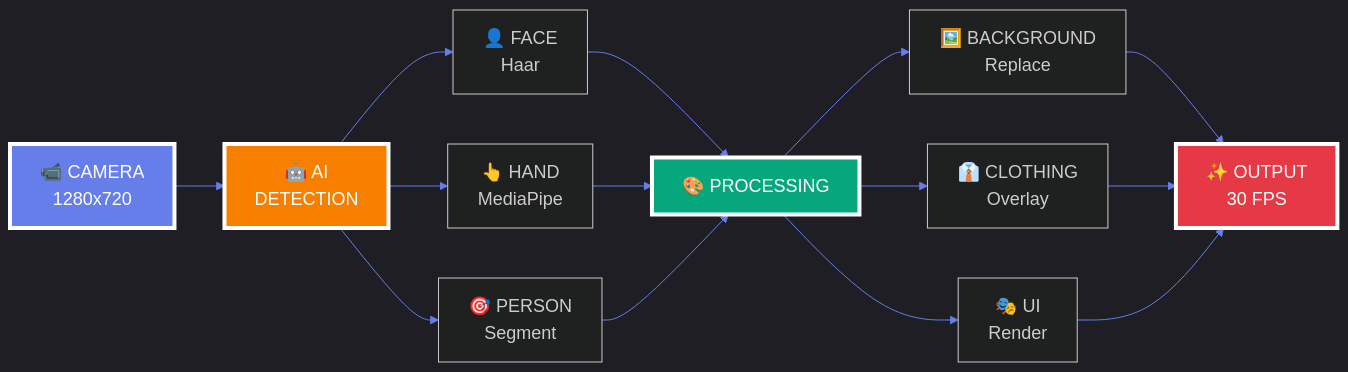
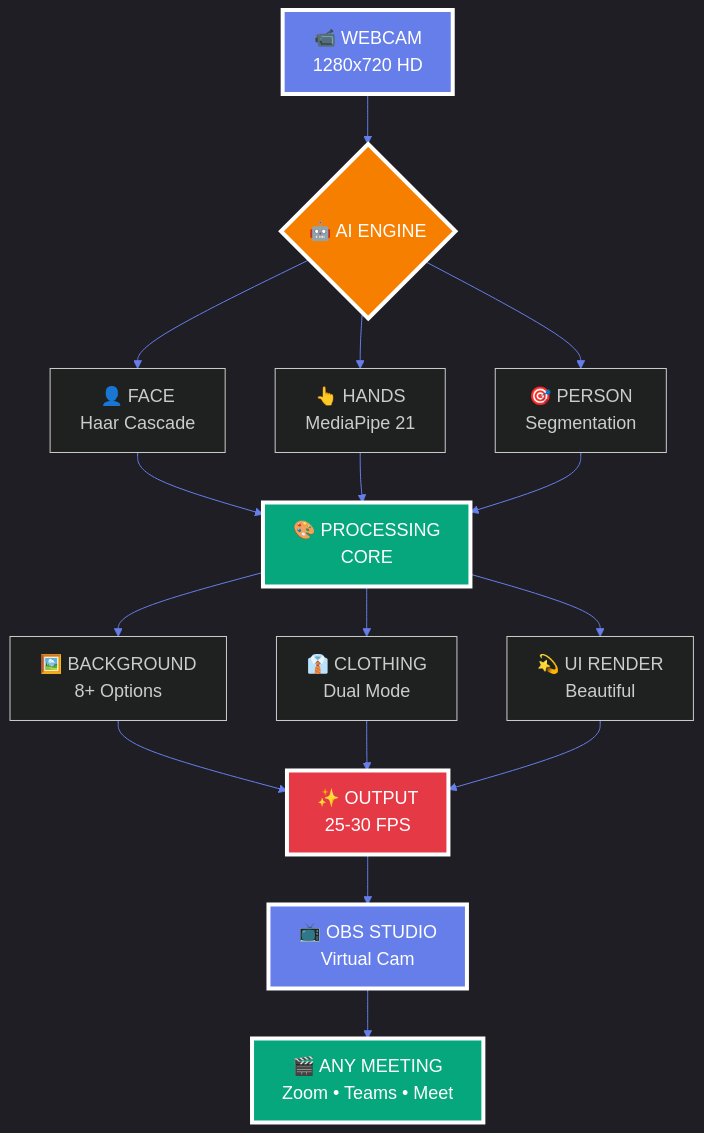
One commit to alam025/AI_Professional_Makeover changed the second of 3 diagrams in readme.md. Above: the diagram before and after it, drawn with Mermaid. The commit also changed other lines of this file, not shown here.

````diff
--- a/readme.md
+++ b/readme.md
@@ -149,25 +598,31 @@
 ```mermaid
 %%{init: {'theme':'dark', 'themeVariables': { 'primaryColor':'#667EEA','secondaryColor':'#F77F00','tertiaryColor':'#06A77D','lineColor':'#667EEA','fontSize':'18px'}}}%%
-graph LR
-    A[📹 CAMERA<br/>1280x720] --> B[🤖 AI<br/>DETECTION]
-    B --> C[👤 FACE<br/>Haar]
-    B --> D[👆 HAND<br/>MediaPipe]
-    B --> E[🎯 PERSON<br/>Segment]
+graph TB
+    A[📹 WEBCAM<br/>1280x720 HD] --> B{🤖 AI ENGINE}
     
-    C --> F[🎨 PROCESSING]
+    B --> C[👤 FACE<br/>Haar Cascade]
+    B --> D[👆 HANDS<br/>MediaPipe 21]
+    B --> E[🎯 PERSON<br/>Segmentation]
+    
+    C --> F[🎨 PROCESSING<br/>CORE]
     D --> F
     E --> F
     
-    F --> G[🖼️ BACKGROUND<br/>Replace]
-    F --> H[👔 CLOTHING<br/>Overlay]
-    F --> I[🎭 UI<br/>Render]
+    F --> G[🖼️ BACKGROUND<br/>8+ Options]
+    F --> H[👔 CLOTHING<br/>Dual Mode]
+    F --> I[💫 UI RENDER<br/>Beautiful]
     
-    G --> J[✨ OUTPUT<br/>30 FPS]
+    G --> J[✨ OUTPUT<br/>25-30 FPS]
     H --> J
     I --> J
+    
+    J --> K[📺 OBS STUDIO<br/>Virtual Cam]
+    K --> L[🎬 ANY MEETING<br/>Zoom • Teams • Meet]
     
     style A fill:#667EEA,stroke:#fff,stroke-width:4px,color:#fff
     style B fill:#F77F00,stroke:#fff,stroke-width:4px,color:#fff
     style F fill:#06A77D,stroke:#fff,stroke-width:4px,color:#fff
     style J fill:#E63946,stroke:#fff,stroke-width:4px,color:#fff
+    style K fill:#667EEA,stroke:#fff,stroke-width:4px,color:#fff
+    style L fill:#06A77D,stroke:#fff,stroke-width:4px,color:#fff
 ```
````
